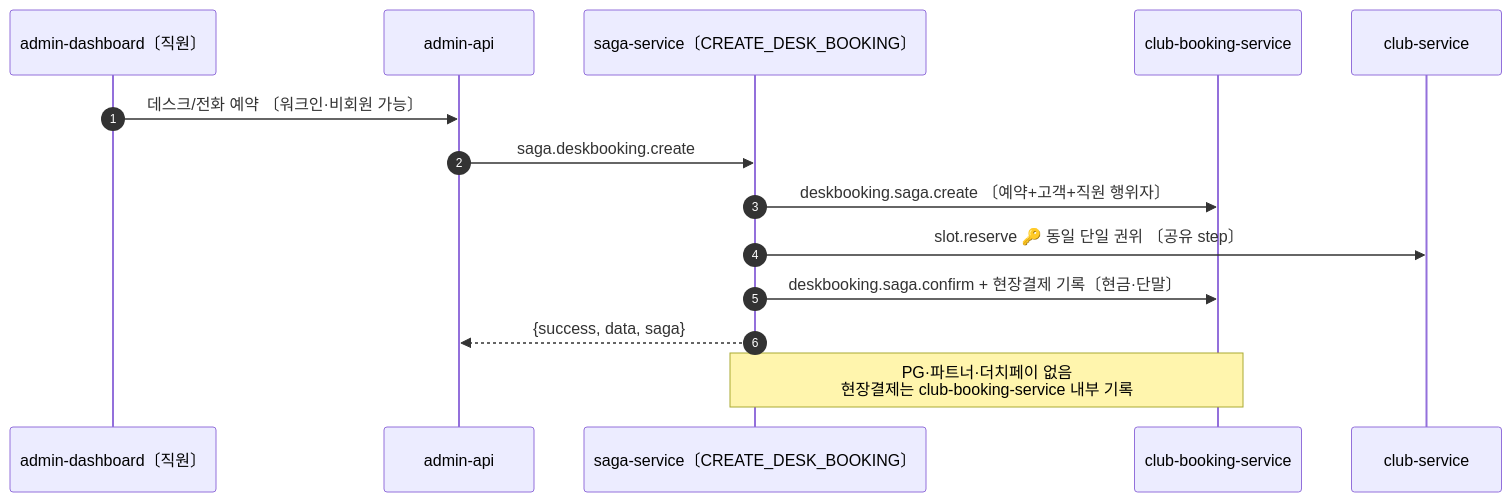
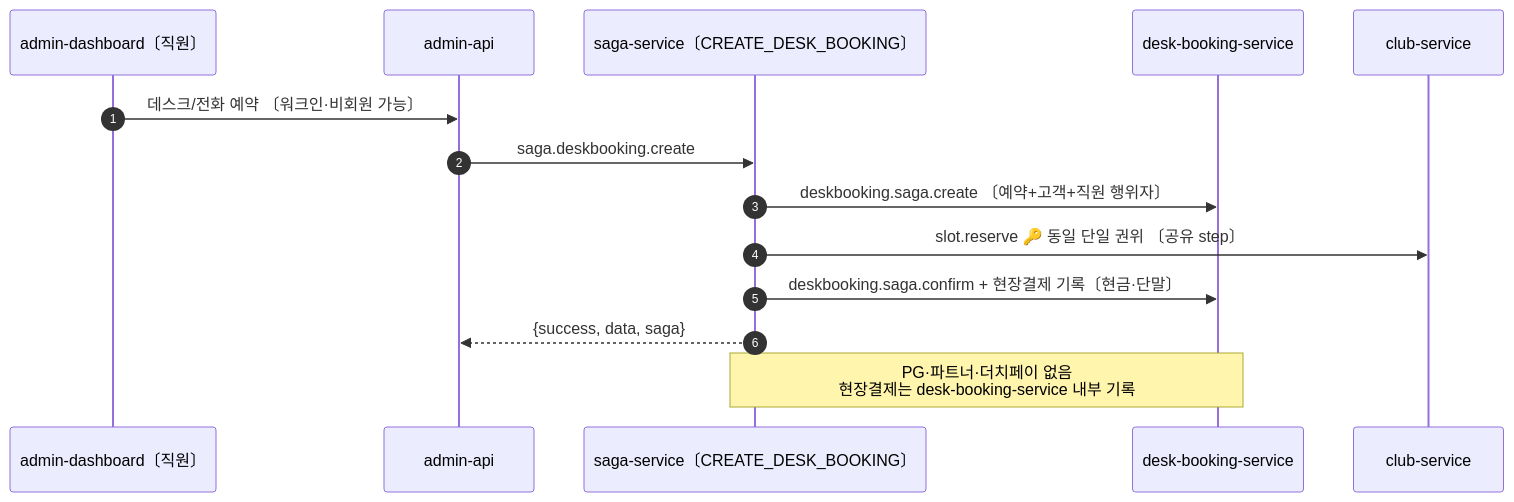
The fifth of 6 diagrams in docs/architecture/erp-booking-split.md (uniyous/parkgolf-platform), drawn with Mermaid before and after one commit. The commit also changed other lines of this file, not shown here.

Commit message:
docs(club): club-booking-service → desk-booking-service 개명 (UNI-91)

````diff
--- a/docs/architecture/erp-booking-split.md
+++ b/docs/architecture/erp-booking-split.md
@@ -247,17 +247,17 @@
 ```mermaid
 sequenceDiagram
     autonumber
     participant ST as admin-dashboard〔직원〕
     participant AAPI as admin-api
     participant SG as saga-service〔CREATE_DESK_BOOKING〕
-    participant CB as club-booking-service
+    participant CB as desk-booking-service
     participant CL as club-service
 
     ST->>AAPI: 데스크/전화 예약 〔워크인·비회원 가능〕
     AAPI->>SG: saga.deskbooking.create
     SG->>CB: deskbooking.saga.create 〔예약+고객+직원 행위자〕
     SG->>CL: slot.reserve 🔑 동일 단일 권위 〔공유 step〕
     SG->>CB: deskbooking.saga.confirm + 현장결제 기록〔현금·단말〕
     SG-->>AAPI: {success, data, saga}
-    Note over CB,SG: PG·파트너·더치페이 없음<br/>현장결제는 club-booking-service 내부 기록
+    Note over CB,SG: PG·파트너·더치페이 없음<br/>현장결제는 desk-booking-service 내부 기록
 ```
````
